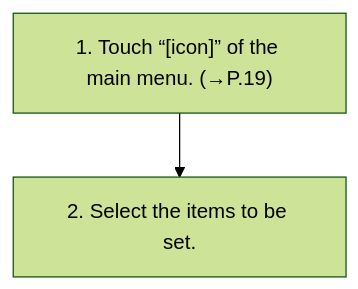
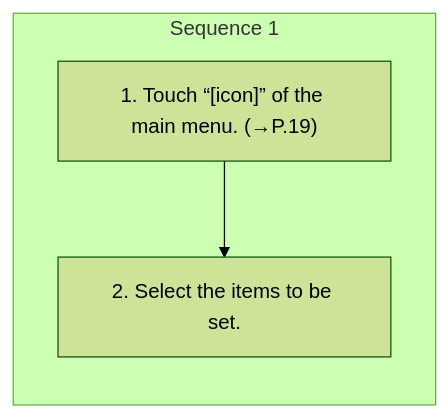
Before and after one commit to Chieko-Y/my-spec-generator: the diagram in workspace/subaru/outback-2026/ivi/published/settings/1-displaying-the-settings-screen.md, drawn with Mermaid (forest theme). The commit also changed other lines of this file and 268 other files, not shown here.

````diff
--- a/workspace/subaru/outback-2026/ivi/published/settings/1-displaying-the-settings-screen.md
+++ b/workspace/subaru/outback-2026/ivi/published/settings/1-displaying-the-settings-screen.md
@@ -17,6 +17,9 @@
 ```mermaid
 flowchart TD
-    S1["1. Touch “[icon]” of the main menu. (→P.19)"]
-    S2["2. Select the items to be set."]
-    S1 --> S2
+    subgraph SEQ1["Sequence 1"]
+    direction TB
+    S1_1["1. Touch “[icon]” of the main menu. (→P.19)"]
+    S1_2["2. Select the items to be set."]
+    S1_1 --> S1_2
+    end
 ```
````
